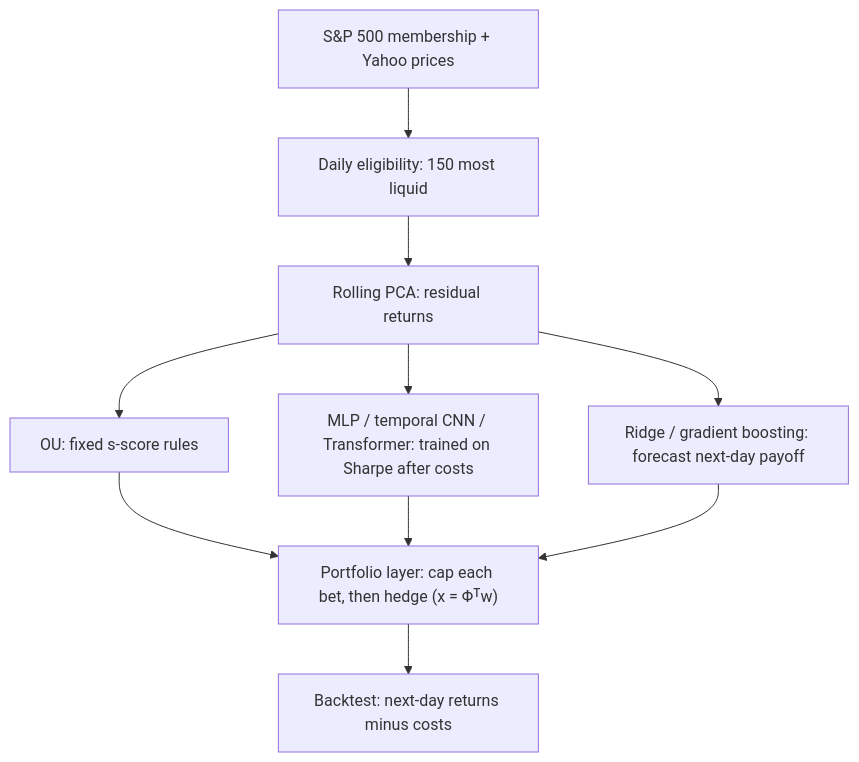
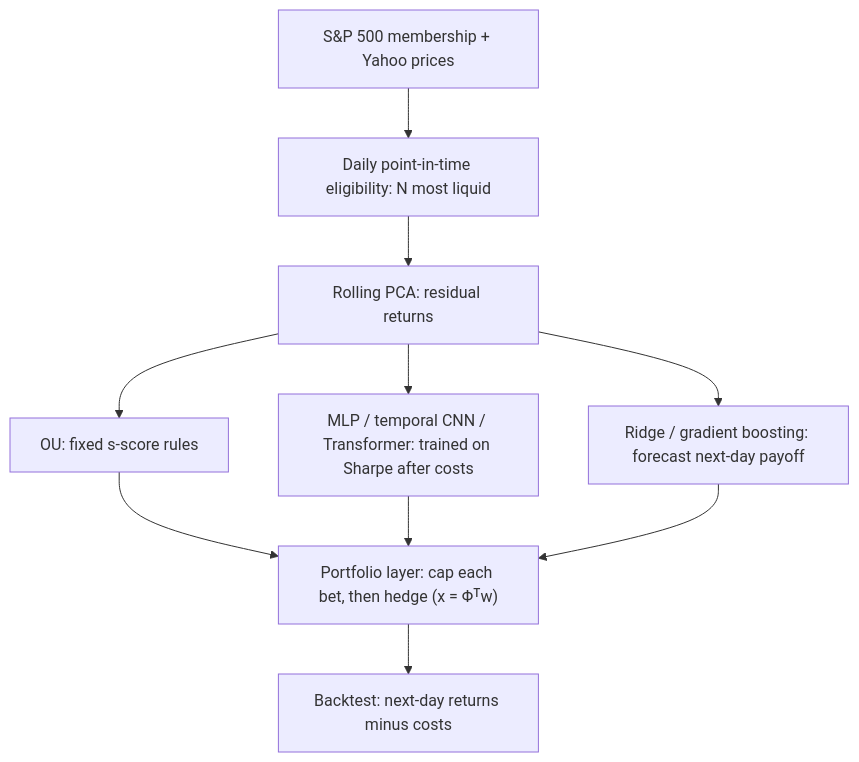
The diagram in README.md (Amay-M-Nair/Sharpee), drawn with Mermaid before and after one commit. The commit also changed other lines of this file, not shown here.

Commit message:
Overhaul the README: results first, protocol, robustness, roadmap with next steps and future work

````diff
--- a/README.md
+++ b/README.md
@@ -28,12 +64,12 @@
 ```mermaid
 flowchart TD
-    A["S&P 500 membership + Yahoo prices"] --> B["Daily eligibility: 150 most liquid"]
+    A["S&P 500 membership + Yahoo prices"] --> B["Daily point-in-time eligibility: N most liquid"]
     B --> C["Rolling PCA: residual returns"]
     C --> D1["OU: fixed s-score rules"]
     C --> D2["MLP / temporal CNN / Transformer: trained on Sharpe after costs"]
     C --> D3["Ridge / gradient boosting: forecast next-day payoff"]
     D1 --> E["Portfolio layer: cap each bet, then hedge (x = Φᵀw)"]
     D2 --> E
     D3 --> E
     E --> F["Backtest: next-day returns minus costs"]
 ```
````
